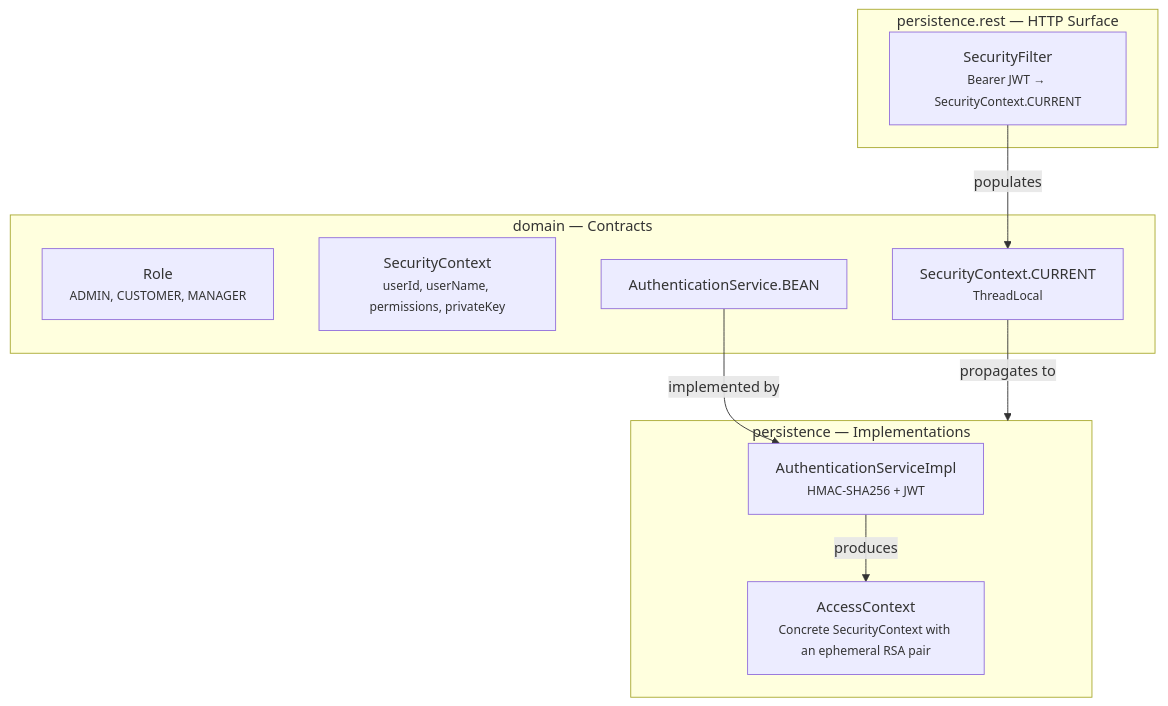
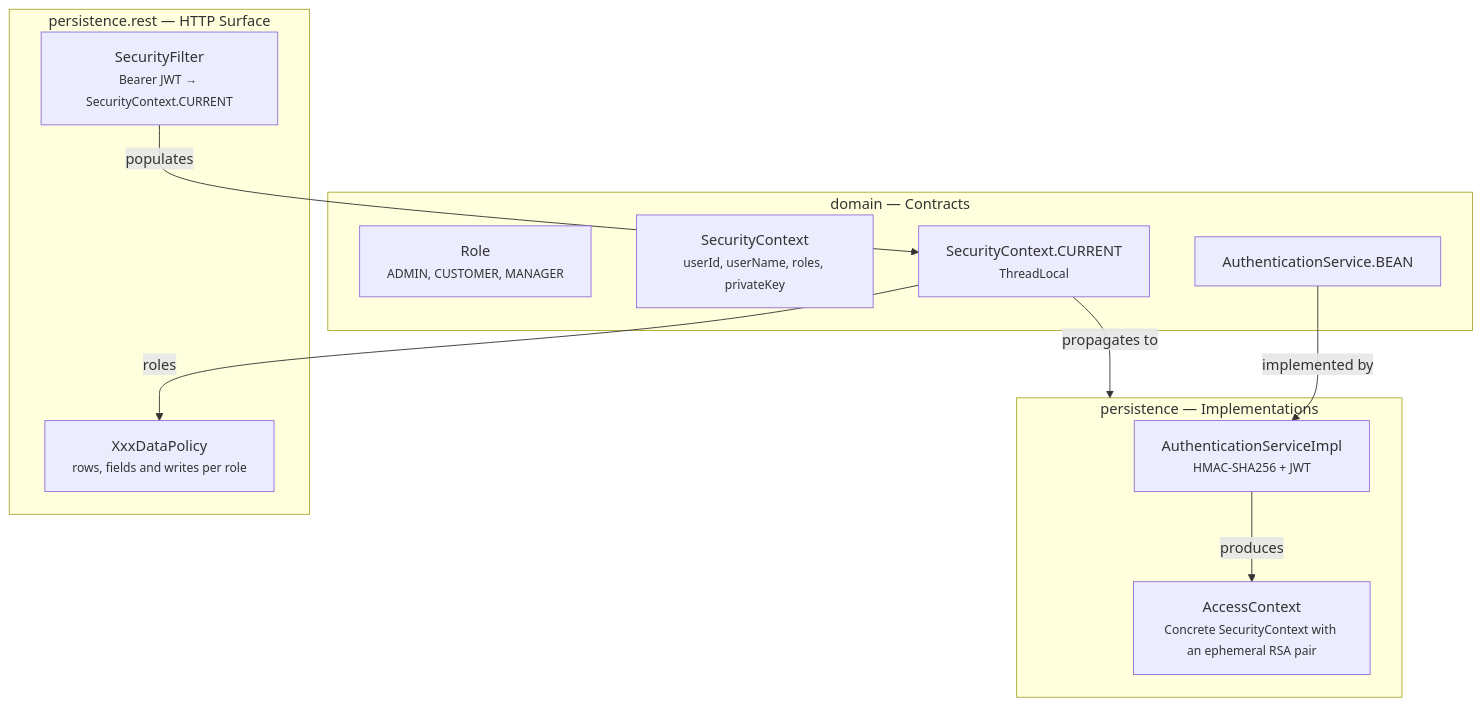
The third of 6 diagrams in docs/data-layer.md (mrcdom/wdc-cube-java-v2), drawn with Mermaid before and after one commit. The commit also changed other lines of this file and 20 other files, not shown here.

First line of the commit message:
🧹 [CHORE] the data policies are the only authorization of the REST API

````diff
--- a/docs/data-layer.md
+++ b/docs/data-layer.md
@@ -527,23 +527,25 @@
 ```mermaid
 graph TD
     subgraph Domain["domain — Contracts"]
         Role["Role<br/><small>ADMIN, CUSTOMER, MANAGER</small>"]
-        SecCtx["SecurityContext<br/><small>userId, userName, permissions, privateKey</small>"]
+        SecCtx["SecurityContext<br/><small>userId, userName, roles, privateKey</small>"]
         SecHolder["SecurityContext.CURRENT<br/><small>ThreadLocal</small>"]
         AuthSvc["AuthenticationService.BEAN"]
     end
 
     subgraph Persistence["persistence — Implementations"]
         AuthImpl["AuthenticationServiceImpl<br/><small>HMAC-SHA256 + JWT</small>"]
         AccessCtx["AccessContext<br/><small>Concrete SecurityContext with an ephemeral RSA pair</small>"]
     end
 
     subgraph REST["persistence.rest — HTTP Surface"]
         Filter["SecurityFilter<br/><small>Bearer JWT → SecurityContext.CURRENT</small>"]
+        Policies["XxxDataPolicy<br/><small>rows, fields and writes per role</small>"]
     end
 
     AuthSvc -->|"implemented by"| AuthImpl
     AuthImpl -->|"produces"| AccessCtx
     Filter -->|"populates"| SecHolder
     SecHolder -->|"propagates to"| Persistence
+    SecHolder -->|"roles"| Policies
 ```
````
